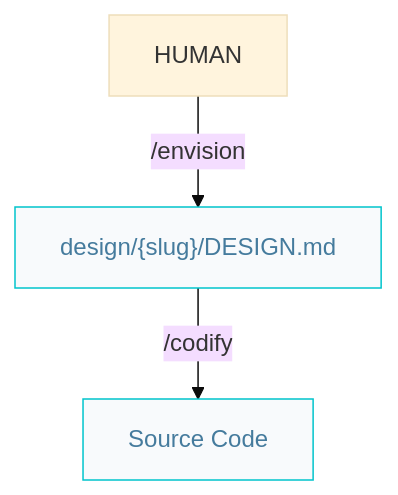
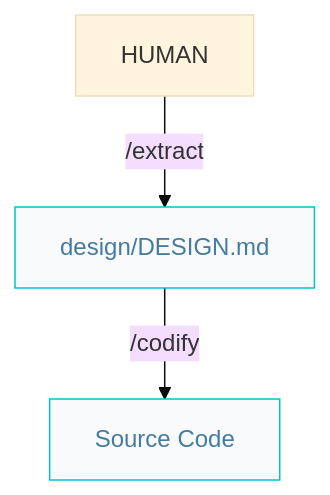
One commit to AIDDbot/AIDDbot changed the second of 2 diagrams in docs/architect.pipelines.md. Above: the diagram before and after it, drawn with Mermaid (base theme). The commit also changed other lines of this file and 10 other files, not shown here.

First line of the commit message:
refactor: fold envision DESIGN.md into /extract

````diff
--- a/docs/architect.pipelines.md
+++ b/docs/architect.pipelines.md
@@ -40,11 +40,11 @@
 ```mermaid
 flowchart TD
   HUM[HUMAN]
-  DES["design/{slug}/DESIGN.md"]:::nd
+  DES["design/DESIGN.md"]:::nd
   COD[Source Code]:::nd
 
-  HUM -->|/envision| DES
+  HUM -->|/extract| DES
   DES -->|/codify| COD
 
   classDef nd fill:#f8fafc,stroke:#00c4cc,color:#457b9d
 ```
````
